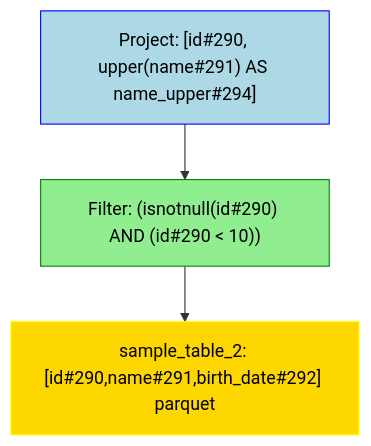
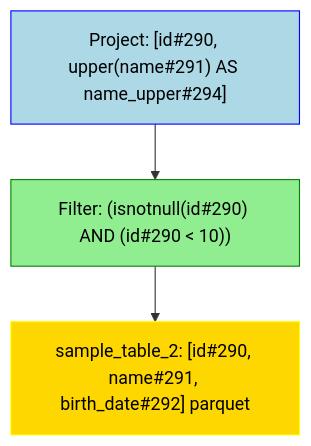
Before and after one commit to NielkNetraam/explainalyzed: the diagram in data/complex_example/visualization/sample_table_2_prepped.mmd, drawn with Mermaid. The commit also changed 24 other files, not shown here.

```diff
--- a/data/complex_example/visualization/sample_table_2_prepped.mmd
+++ b/data/complex_example/visualization/sample_table_2_prepped.mmd
@@ -1,14 +1,14 @@
 flowchart TD
     classDef PROJECT stroke:Blue,fill:LightBlue,color:black
     classDef FILTER stroke:Green,fill:LightGreen,color:black
     classDef UNION stroke:Purple,fill:Violet,color:black
     classDef JOIN stroke:DarkOrange,fill:Orange,color:black
     classDef RELATION stroke:Yellow,fill:Gold,color:black
     classDef AGGREGATE stroke:Brown,fill:Chocolate,color:black
 
     Project#1["Project: [id#290, upper(name#291) AS name_upper#294]"]:::PROJECT
     Filter#11["Filter: (isnotnull(id#290) AND (id#290 < 10))"]:::FILTER
-    Relation#111["sample_table_2: [id#290,name#291,birth_date#292] parquet"]:::RELATION
+    Relation#111["sample_table_2: [id#290, name#291, birth_date#292] parquet"]:::RELATION
 
     Project#1 --> Filter#11
         Filter#11 --> Relation#111
```
